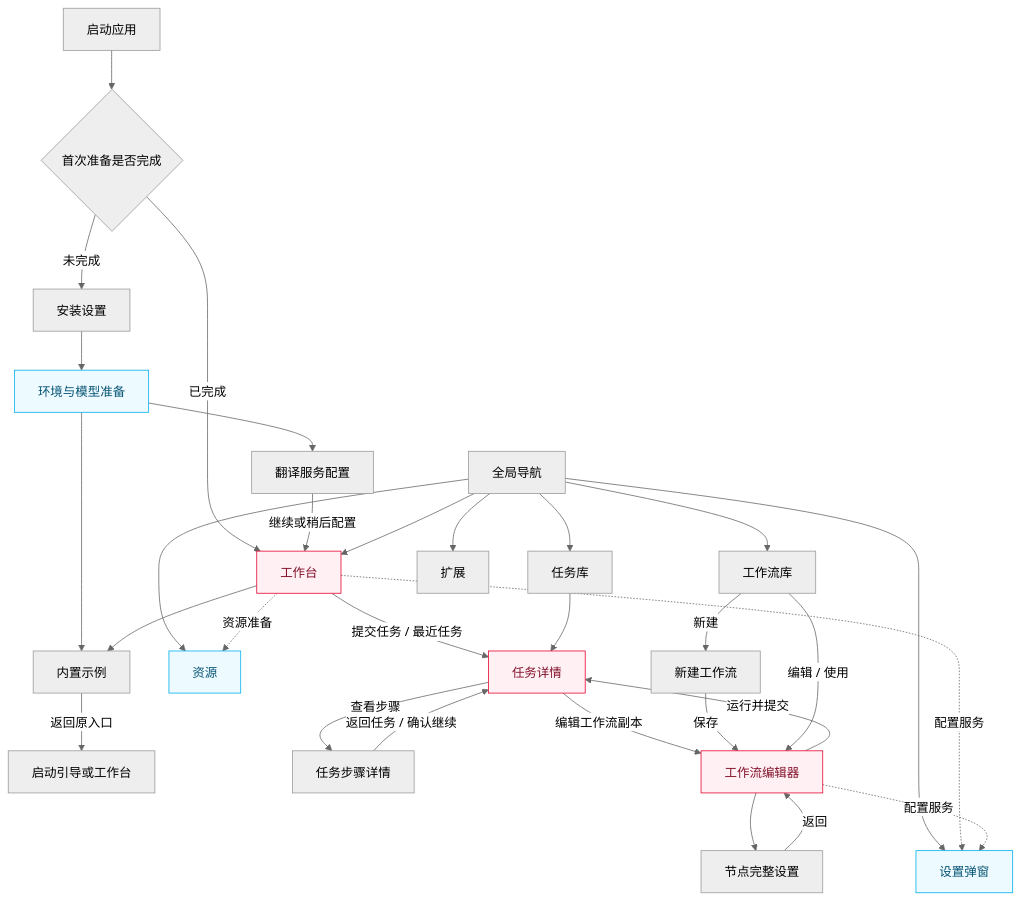
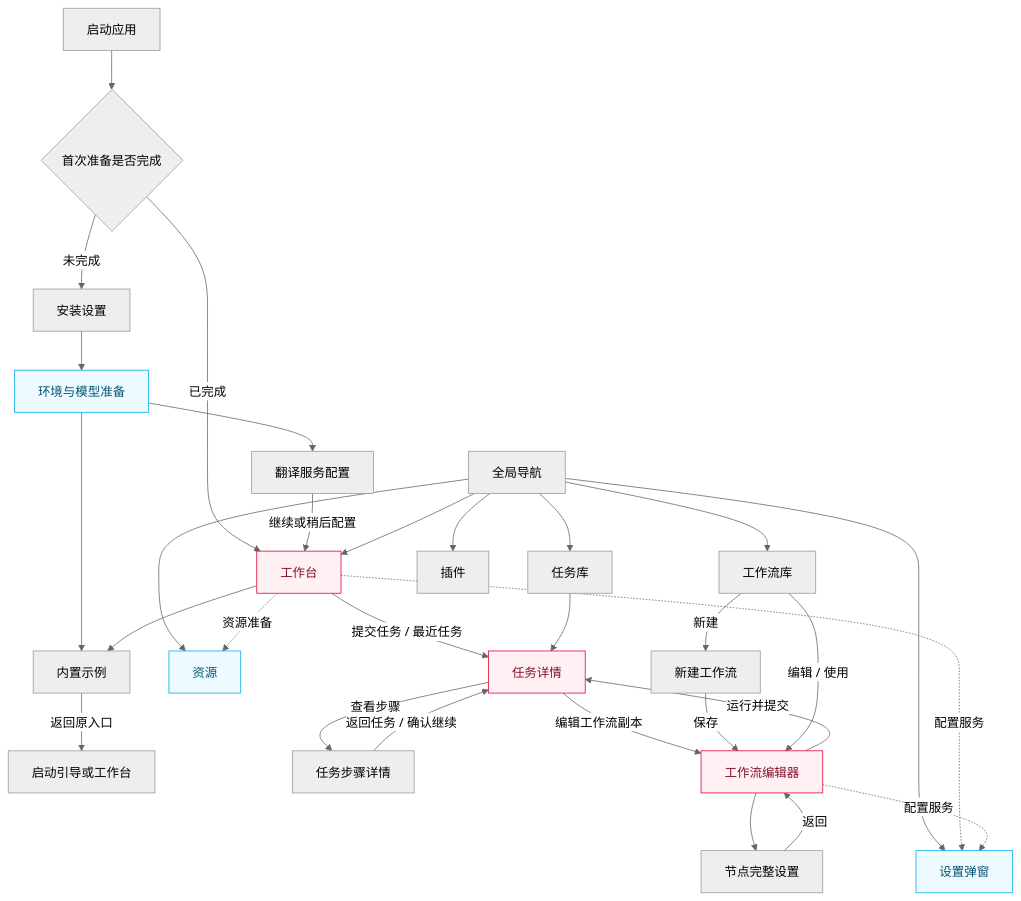
Before and after one commit to liuzhao1225/YouDub-webui: the first of 2 diagrams in docs/design/page-map.md, drawn with Mermaid (neutral theme). The commit also changed other lines of this file and 88 other files, not shown here.

````diff
--- a/docs/design/page-map.md
+++ b/docs/design/page-map.md
@@ -60,39 +62,39 @@
 ```mermaid
 flowchart TD
     Launch[启动应用] --> Ready{首次准备是否完成}
     Ready -->|已完成| Home[工作台]
     Ready -->|未完成| Install[安装设置]
     Install --> Prepare[环境与模型准备]
     Prepare --> Translation[翻译服务配置]
     Translation -->|继续或稍后配置| Home
     Prepare --> Examples[内置示例]
     Home --> Examples
     Examples -->|返回原入口| Return[启动引导或工作台]
 
     Nav[全局导航] --> Home
     Nav --> Tasks[任务库]
     Nav --> Flows[工作流库]
     Nav --> Resources[资源]
-    Nav --> Plugins[扩展]
+    Nav --> Plugins[插件]
     Nav --> Settings[设置弹窗]
 
     Home -->|提交任务 / 最近任务| Task[任务详情]
     Tasks --> Task
     Task -->|查看步骤| Step[任务步骤详情]
     Step -->|返回任务 / 确认继续| Task
     Task -->|编辑工作流副本| Editor[工作流编辑器]
     Flows -->|新建| New[新建工作流]
     New -->|保存| Editor
     Flows -->|编辑 / 使用| Editor
     Editor --> Node[节点完整设置]
     Node -->|返回| Editor
     Editor -->|运行并提交| Task
     Home -.配置服务.-> Settings
     Home -.资源准备.-> Resources
     Editor -.配置服务.-> Settings
 
     classDef brand fill:#fff0f4,stroke:#e6002e,color:#83122a
     classDef blue fill:#edfaff,stroke:#00aeec,color:#075574
     class Home,Task,Editor brand
     class Settings,Resources,Prepare blue
 ```
````
